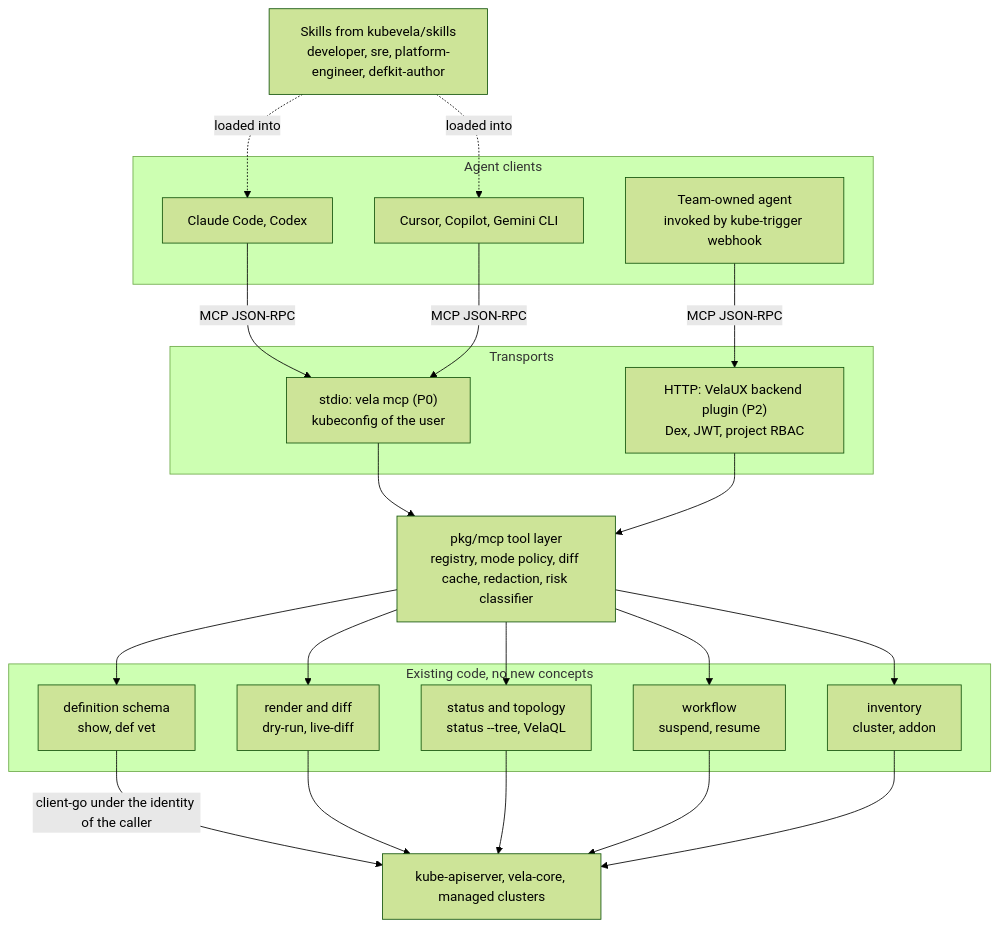
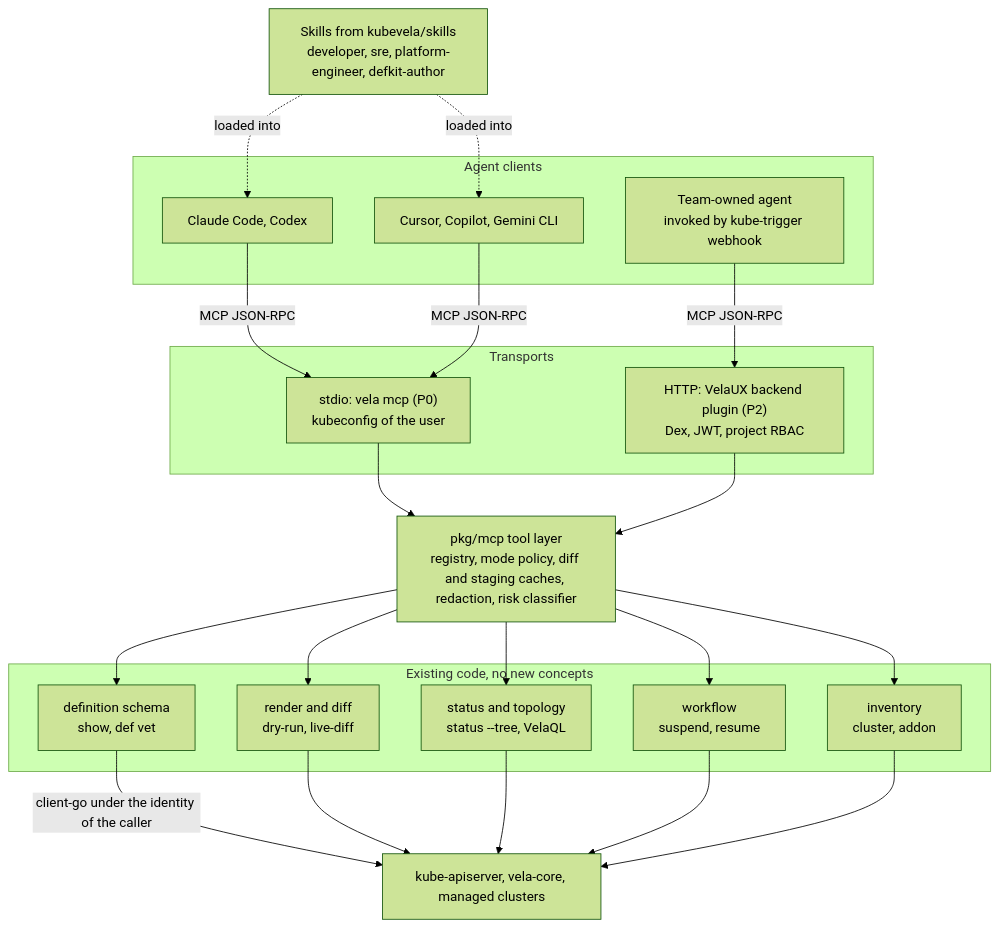
Before and after one commit to kubevela/kubevela: the first of 2 diagrams in design/vela-cli/kep-vela-mcp.md, drawn with Mermaid (forest theme). The commit also changed other lines of this file and 8 other files, not shown here.

````diff
--- a/design/vela-cli/kep-vela-mcp.md
+++ b/design/vela-cli/kep-vela-mcp.md
@@ -81,39 +81,39 @@
 ```mermaid
 flowchart TB
     SK["Skills from kubevela/skills<br/>developer, sre, platform-engineer, defkit-author"]
     subgraph clients ["Agent clients"]
         CC["Claude Code, Codex"]
         CU["Cursor, Copilot, Gemini CLI"]
         EX["Team-owned agent<br/>invoked by kube-trigger webhook"]
     end
     subgraph transports ["Transports"]
         STD["stdio: vela mcp (P0)<br/>kubeconfig of the user"]
         HTTP["HTTP: VelaUX backend plugin (P2)<br/>Dex, JWT, project RBAC"]
     end
-    TL["pkg/mcp tool layer<br/>registry, mode policy, diff cache, redaction, risk classifier"]
+    TL["pkg/mcp tool layer<br/>registry, mode policy, diff and staging caches, redaction, risk classifier"]
     subgraph existing ["Existing code, no new concepts"]
         D["definition schema<br/>show, def vet"]
         R["render and diff<br/>dry-run, live-diff"]
         S["status and topology<br/>status --tree, VelaQL"]
         W["workflow<br/>suspend, resume"]
         I["inventory<br/>cluster, addon"]
     end
     K["kube-apiserver, vela-core, managed clusters"]
     SK -.->|loaded into| CC
     SK -.->|loaded into| CU
     CC -->|MCP JSON-RPC| STD
     CU -->|MCP JSON-RPC| STD
     EX -->|MCP JSON-RPC| HTTP
     STD --> TL
     HTTP --> TL
     TL --> D
     TL --> R
     TL --> S
     TL --> W
     TL --> I
     D -->|client-go under the identity of the caller| K
     R --> K
     S --> K
     W --> K
     I --> K
 ```
````
